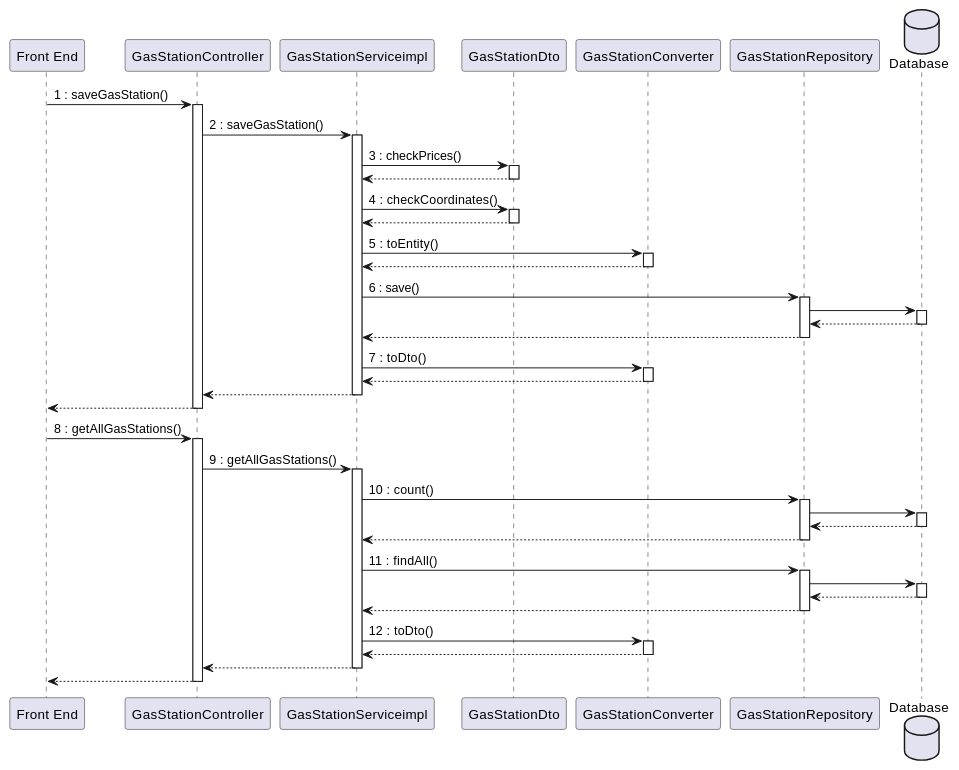
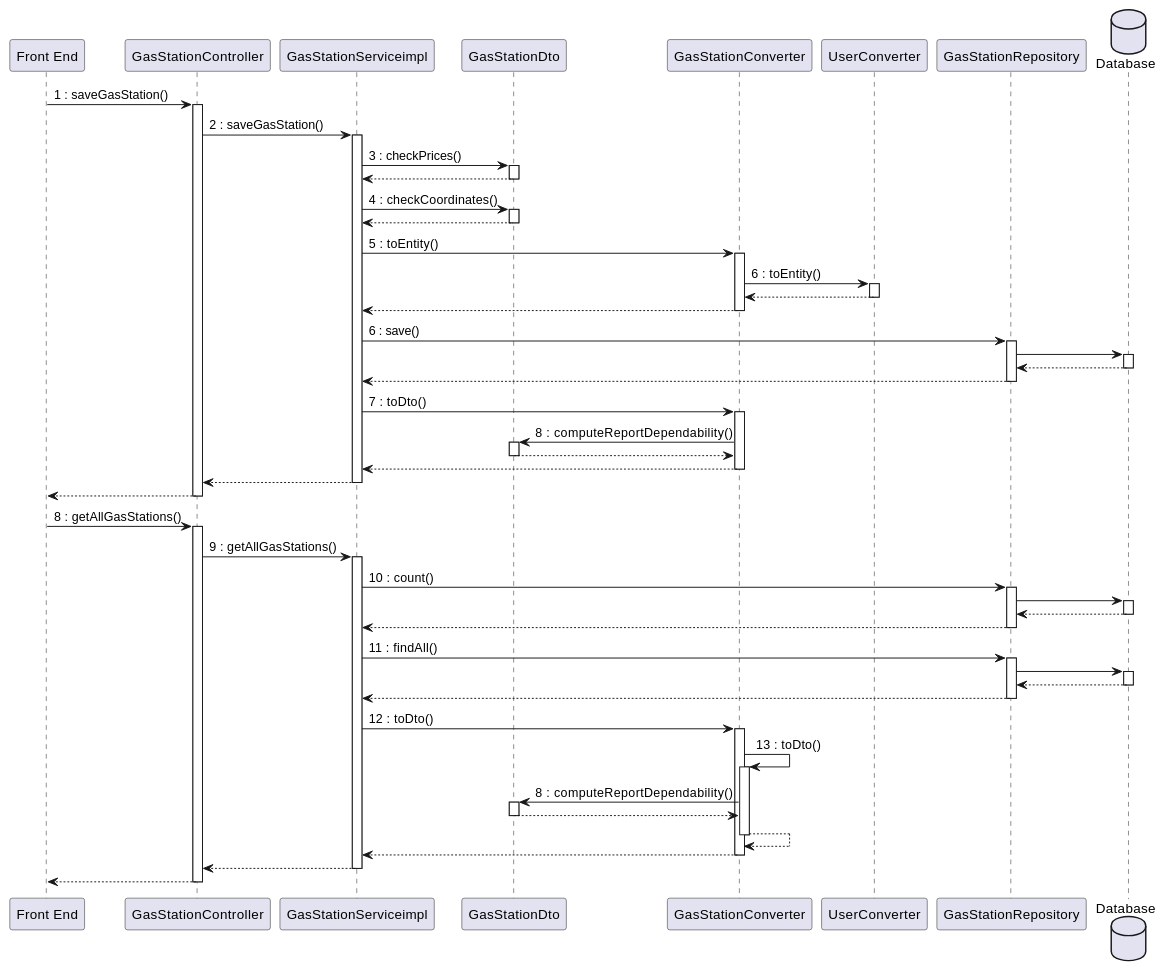
Before and after one commit to mosTavassoli/ezgas: the ninth of 15 diagrams in docs/DesignDocument.md, drawn with PlantUML. The commit also changed other lines of this file, not shown here.

Commit message:
docs(DesignDocument): edit sequence diagram

````diff
--- a/docs/DesignDocument.md
+++ b/docs/DesignDocument.md
@@ -663,50 +685,63 @@
 ```plantuml
 database Database order 30
 "Front End" -> GasStationController:1 : saveGasStation()
 activate GasStationController
 GasStationController -> GasStationServiceimpl:2 : saveGasStation()
 activate GasStationServiceimpl
 GasStationServiceimpl -> GasStationDto: 3 : checkPrices()
 activate GasStationDto
 return
 GasStationServiceimpl -> GasStationDto: 4 : checkCoordinates()
 activate GasStationDto
 return
 GasStationServiceimpl -> GasStationConverter:5 : toEntity()
 activate GasStationConverter
+GasStationConverter -> UserConverter:6 : toEntity()
+activate UserConverter
+return
 return
 GasStationServiceimpl -> GasStationRepository:6 : save()
 activate GasStationRepository
 GasStationRepository -> Database
 activate Database
 return
 return
 GasStationServiceimpl -> GasStationConverter:7 : toDto()
 activate GasStationConverter
+GasStationConverter -> GasStationDto:8 : computeReportDependability()
+activate GasStationDto
+
+return
 return
 return
 return
 
 "Front End" -> GasStationController:8 : getAllGasStations()
 activate GasStationController
 GasStationController -> GasStationServiceimpl:9 : getAllGasStations()
 activate GasStationServiceimpl
 GasStationServiceimpl -> GasStationRepository:10 : count()
 activate GasStationRepository
 GasStationRepository -> Database
 activate Database
 return
 return
 GasStationServiceimpl -> GasStationRepository:11 : findAll()
 activate GasStationRepository
 GasStationRepository -> Database
 activate Database
 return
 return
 
 GasStationServiceimpl -> GasStationConverter:12 : toDto()
 activate GasStationConverter
+GasStationConverter -> GasStationConverter:13 : toDto()
+activate GasStationConverter
+GasStationConverter -> GasStationDto:8 : computeReportDependability()
+activate GasStationDto
+return
+return
 return
 return
 return
 ```
````
